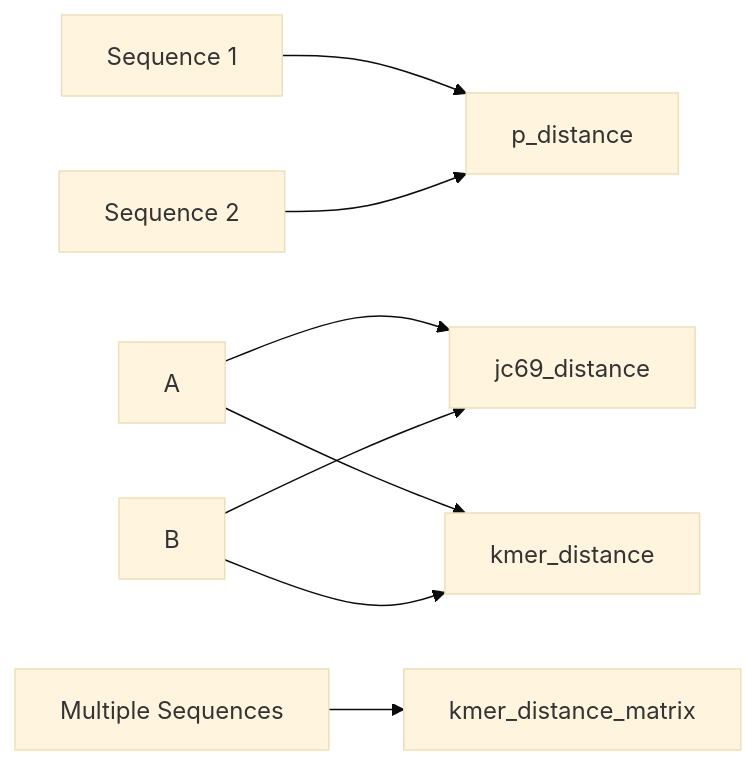
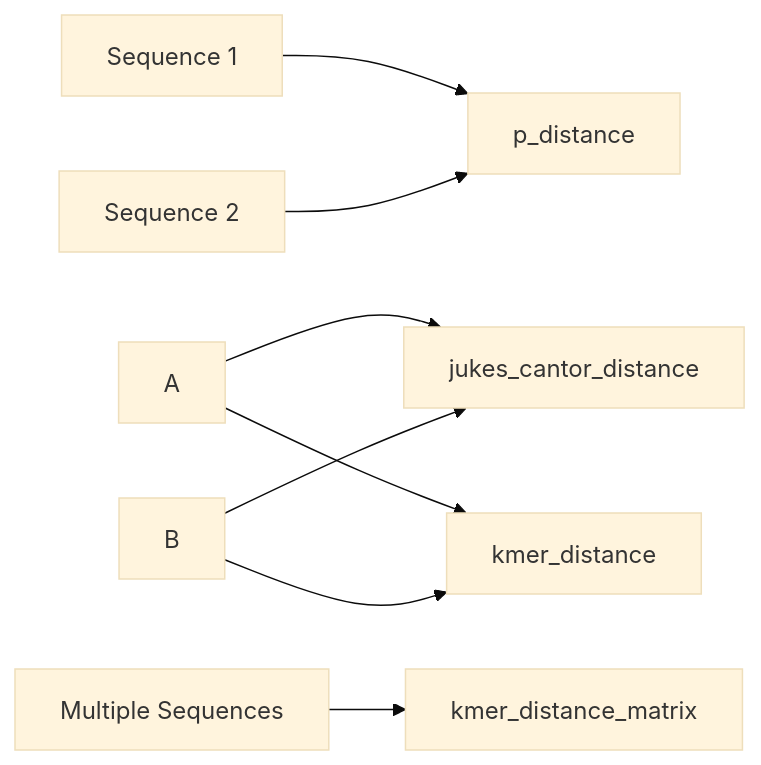
Before and after one commit to docxology/MetaInformAnt: the diagram in docs/dna/distances.md, drawn with Mermaid (base theme). The commit also changed other lines of this file and 189 other files, not shown here.

````diff
--- a/docs/dna/distances.md
+++ b/docs/dna/distances.md
@@ -5,7 +5,7 @@
 ```mermaid
 flowchart LR
   Asequence1[Sequence 1] & Bsequence2[Sequence 2] --> CpDistance[p_distance]
-  A & B --> Djc69Distance[jc69_distance] 
+  A & B --> DjukesCantorDistance[jukes_cantor_distance] 
   A & B --> EkmerDistance[kmer_distance]
   FmultipleSequences[Multiple Sequences] --> GkmerDistanceMatrix[kmer_distance_matrix]
 ```
````
